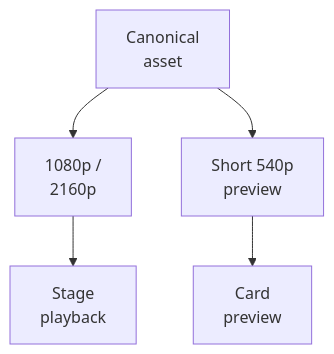
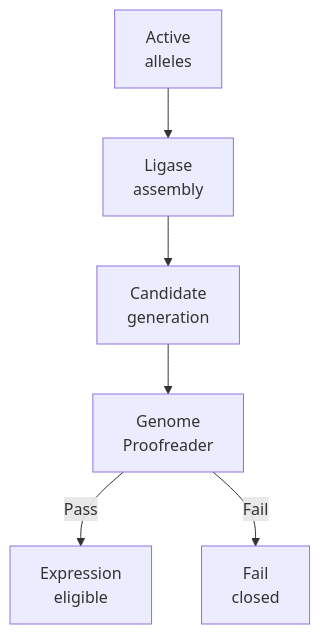
One commit to wilderruiz/millenova-project changed the fifth of 6 diagrams in docs/media/NATIVE_MEDIA_ENGINEERING.md. Above: the diagram before and after it, drawn with Mermaid. The commit also changed other lines of this file, not shown here.

Commit message:
docs: expand native media engineering for MP3 genome architecture

````diff
--- a/docs/media/NATIVE_MEDIA_ENGINEERING.md
+++ b/docs/media/NATIVE_MEDIA_ENGINEERING.md
@@ -381,7 +131,8 @@
 ```mermaid
 flowchart TD
-    ASSET["Canonical<br/>asset"] --> FULL["1080p /<br/>2160p"]
-    ASSET --> PREVIEW["Short 540p<br/>preview"]
-    FULL --> STAGE["Stage<br/>playback"]
-    PREVIEW --> CARD["Card<br/>preview"]
+    ACTIVE["Active<br/>alleles"] --> LIGASE["Ligase<br/>assembly"]
+    LIGASE --> CAND["Candidate<br/>generation"]
+    CAND --> PROOF["Genome<br/>Proofreader"]
+    PROOF -->|Pass| READY["Expression<br/>eligible"]
+    PROOF -->|Fail| STOP["Fail<br/>closed"]
 ```
````
